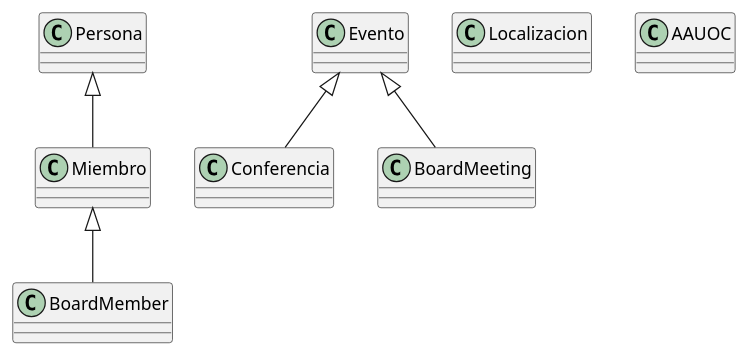
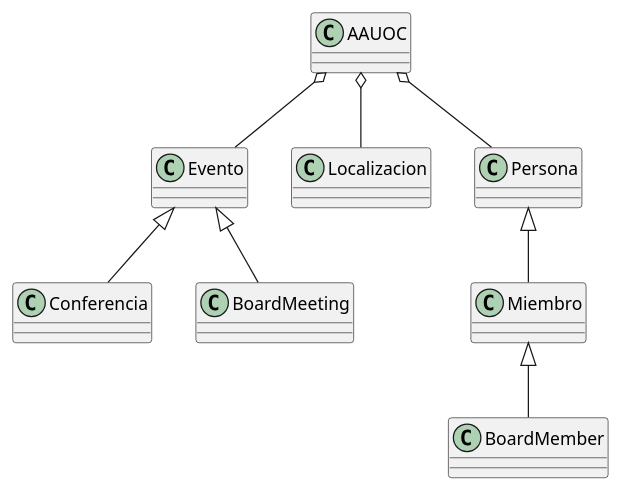
The diagram in src/EjercicioUML.puml (abrahambelen/UMLClasesAbrahamBelenDuran), drawn with PlantUML before and after one commit.

Commit message:
Creación del tercer modelo de datos

```diff
--- a/src/EjercicioUML.puml
+++ b/src/EjercicioUML.puml
@@ -1,42 +1,47 @@
 @startuml
 
 class Miembro{
 
 }
 
 class BoardMember{
 
 }
 
 class Evento{
 
 
 }
 
 class Conferencia{
 
 }
 
 class BoardMeeting{
 
 }
 
 class Localizacion{
 
 }
 
 class Persona{
 
 }
 
 class AAUOC{
 
 }
 
 Evento <|-- Conferencia
 Evento <|-- BoardMeeting
 
 Persona <|-- Miembro
 Miembro <|-- BoardMember
 
+AAUOC o-- Persona
+AAUOC o-- Localizacion
+AAUOC o-- Evento
+
+
 @enduml
```
